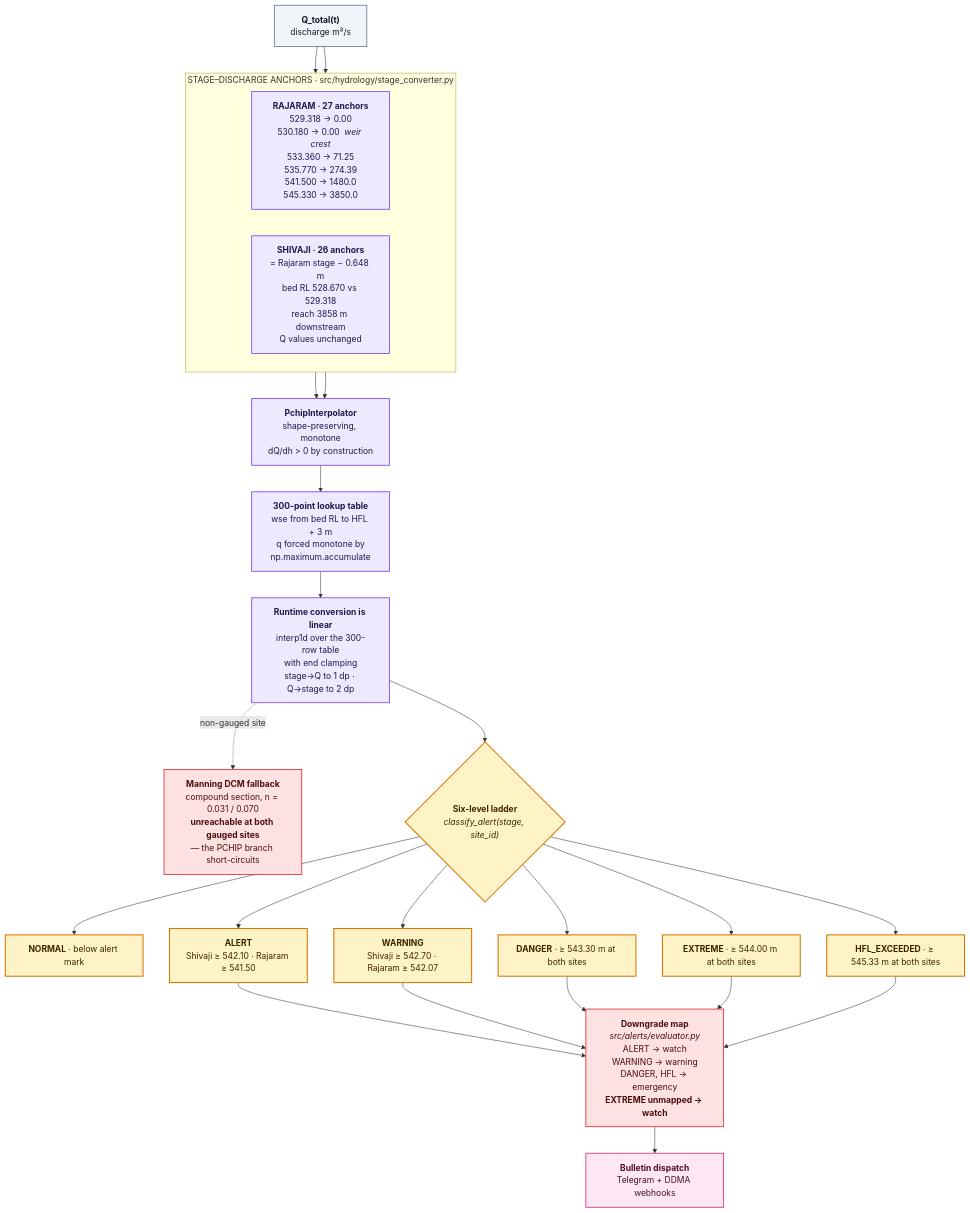
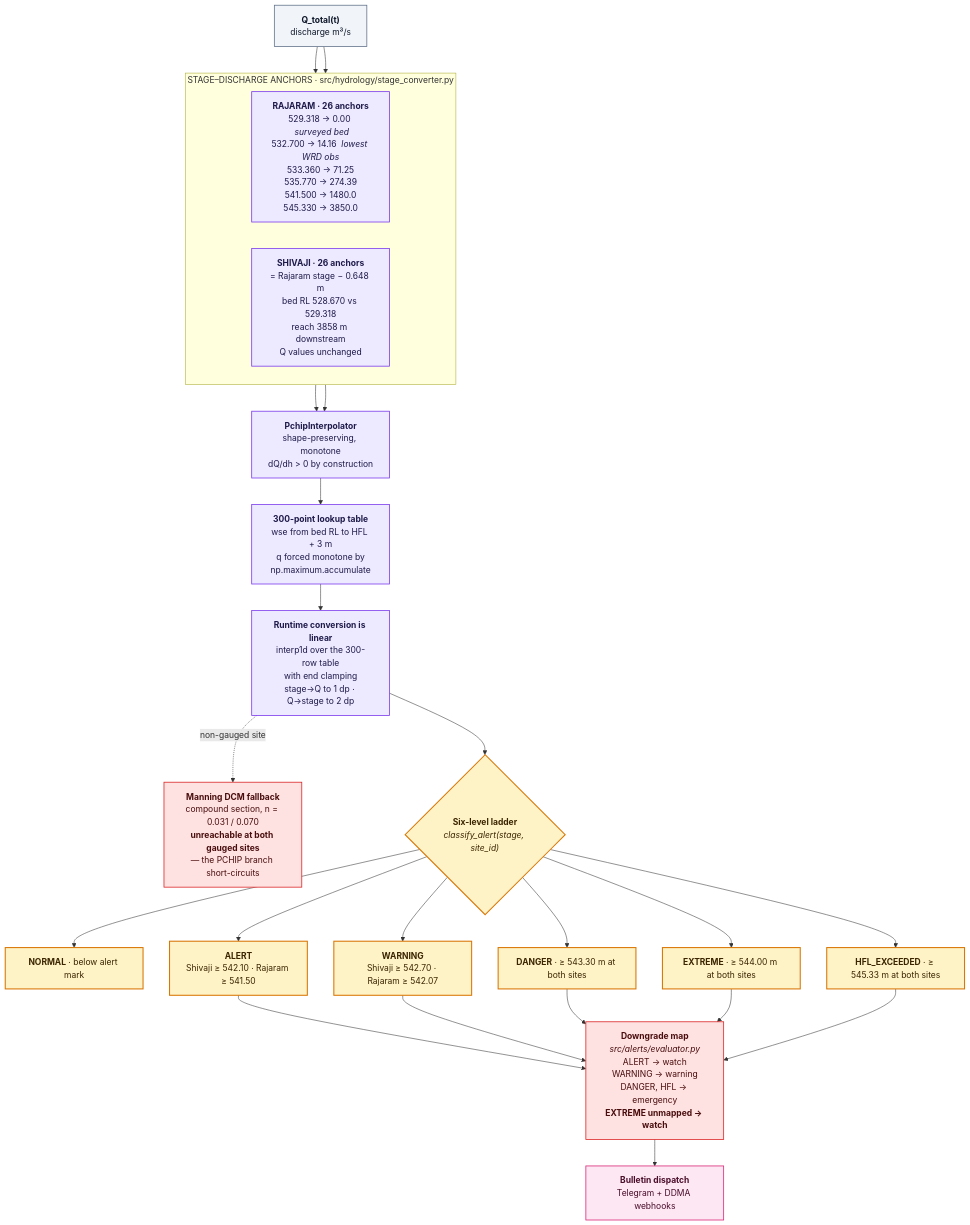
Before and after one commit to satwikcccss-crypto/CCCSS-SUK-Panchganga_Hydrocast: the fifth of 8 diagrams in docs/architecture-atlas.md, drawn with Mermaid. The commit also changed other lines of this file and 230 other files, not shown here.

Commit message:
feat: Finalize low-flow stage bias fixes, implement Telegram RBAC, and update project metadata

````diff
--- a/docs/architecture-atlas.md
+++ b/docs/architecture-atlas.md
@@ -761,60 +763,60 @@
 ```mermaid
 flowchart TB
 
     Q["<b>Q_total(t)</b><br/>discharge m³/s"]
 
     subgraph ANCH["STAGE–DISCHARGE ANCHORS · src/hydrology/stage_converter.py"]
         direction LR
-        RJ["<b>RAJARAM · 27 anchors</b><br/>529.318 → 0.00<br/>530.180 → 0.00 &nbsp;<i>weir crest</i><br/>533.360 → 71.25<br/>535.770 → 274.39<br/>541.500 → 1480.0<br/>545.330 → 3850.0"]
+        RJ["<b>RAJARAM · 26 anchors</b><br/>529.318 → 0.00 &nbsp;<i>surveyed bed</i><br/>532.700 → 14.16 &nbsp;<i>lowest WRD obs</i><br/>533.360 → 71.25<br/>535.770 → 274.39<br/>541.500 → 1480.0<br/>545.330 → 3850.0"]
         SV["<b>SHIVAJI · 26 anchors</b><br/>= Rajaram stage − 0.648 m<br/>bed RL 528.670 vs 529.318<br/>reach 3858 m downstream<br/>Q values unchanged"]
     end
 
     PC["<b>PchipInterpolator</b><br/>shape-preserving, monotone<br/>dQ/dh &gt; 0 by construction"]
     TAB["<b>300-point lookup table</b><br/>wse from bed RL to HFL + 3 m<br/>q forced monotone by<br/>np.maximum.accumulate"]
     LIN["<b>Runtime conversion is linear</b><br/>interp1d over the 300-row table<br/>with end clamping<br/>stage→Q to 1 dp · Q→stage to 2 dp"]
     MAN["<b>Manning DCM fallback</b><br/>compound section, n = 0.031 / 0.070<br/><b>unreachable at both gauged sites</b><br/>— the PCHIP branch short-circuits"]
 
     TIER{"<b>Six-level ladder</b><br/><i>classify_alert(stage, site_id)</i>"}
     L1["<b>NORMAL</b> · below alert mark"]
     L2["<b>ALERT</b><br/>Shivaji ≥ 542.10 · Rajaram ≥ 541.50"]
     L3["<b>WARNING</b><br/>Shivaji ≥ 542.70 · Rajaram ≥ 542.07"]
     L4["<b>DANGER</b> · ≥ 543.30 m at both sites"]
     L5["<b>EXTREME</b> · ≥ 544.00 m at both sites"]
     L6["<b>HFL_EXCEEDED</b> · ≥ 545.33 m at both sites"]
 
     MAP["<b>Downgrade map</b><br/><i>src/alerts/evaluator.py</i><br/>ALERT → watch<br/>WARNING → warning<br/>DANGER, HFL → emergency<br/><b>EXTREME unmapped → watch</b>"]
     OUT["<b>Bulletin dispatch</b><br/>Telegram + DDMA webhooks"]
 
     Q --> RJ
     Q --> SV
     RJ --> PC
     SV --> PC
     PC --> TAB
     TAB --> LIN
     LIN -.->|non-gauged site| MAN
     LIN --> TIER
     TIER --> L1
     TIER --> L2
     TIER --> L3
     TIER --> L4
     TIER --> L5
     TIER --> L6
     L2 --> MAP
     L3 --> MAP
     L4 --> MAP
     L5 --> MAP
     L6 --> MAP
     MAP --> OUT
 
     classDef force   fill:#f1f5f9,stroke:#64748b,stroke-width:1.5px,color:#0f172a
     classDef compute fill:#ede9fe,stroke:#7c3aed,stroke-width:1.5px,color:#1e1b4b
     classDef decide  fill:#fef3c7,stroke:#d97706,stroke-width:2px,color:#3b2500
     classDef fault   fill:#fee2e2,stroke:#dc2626,stroke-width:1.5px,color:#4a0d0d
     classDef deliver fill:#fce7f3,stroke:#db2777,stroke-width:1.5px,color:#4a0d2a
 
     class Q force
     class RJ,SV,PC,TAB,LIN compute
     class TIER,L1,L2,L3,L4,L5,L6 decide
     class MAN,MAP fault
     class OUT deliver
 ```
````
